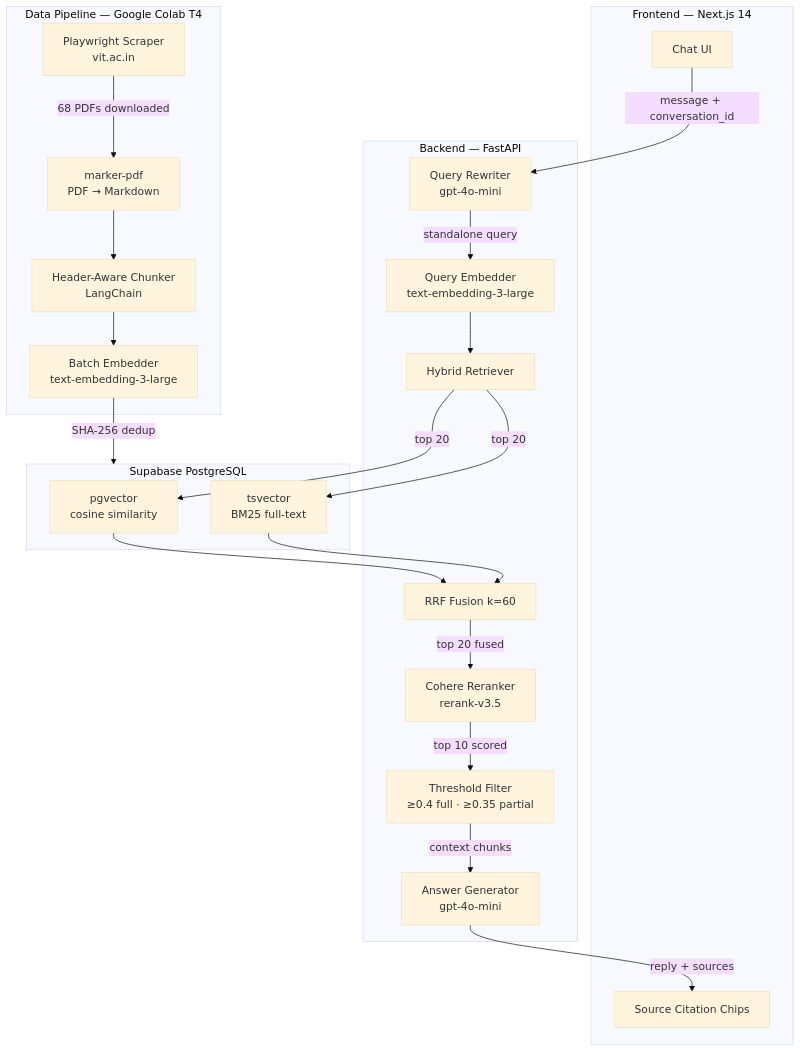
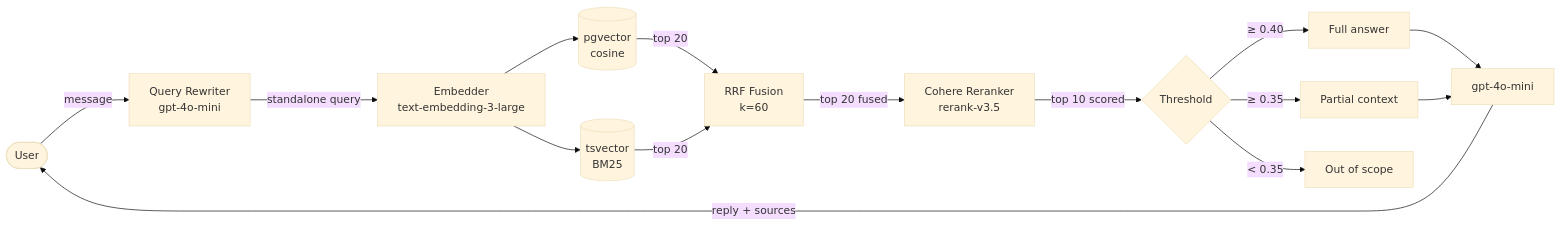
The first of 2 diagrams in readme.md (AdityaMedidala/vit-qa-bot-backend), drawn with Mermaid (base theme) before and after one commit. The commit also changed other lines of this file, not shown here.

Commit message:
readme improved

````diff
--- a/readme.md
+++ b/readme.md
@@ -37,46 +41,22 @@
 ```mermaid
-flowchart TD
-    subgraph Frontend["Frontend — Next.js 14"]
-        UI["Chat UI"]
-        Citations["Source Citation Chips"]
-    end
+flowchart LR
+    A([User]) -->|message| B[Query Rewriter\ngpt-4o-mini]
+    B -->|standalone query| C[Embedder\ntext-embedding-3-large]
 
-    subgraph API["Backend — FastAPI"]
-        QR["Query Rewriter\ngpt-4o-mini"]
-        EMB["Query Embedder\ntext-embedding-3-large"]
-        RET["Hybrid Retriever"]
-        RRF["RRF Fusion  k=60"]
-        RERANK["Cohere Reranker\nrerank-v3.5"]
-        THRESH["Threshold Filter\n≥0.4 full · ≥0.35 partial"]
-        LLM["Answer Generator\ngpt-4o-mini"]
-    end
+    C --> D[(pgvector\ncosine)]
+    C --> E[(tsvector\nBM25)]
 
-    subgraph DB["Supabase PostgreSQL"]
-        VEC["pgvector\ncosine similarity"]
-        BM25["tsvector\nBM25 full-text"]
-    end
+    D -->|top 20| F[RRF Fusion\nk=60]
+    E -->|top 20| F
 
-    subgraph Ingest["Data Pipeline — Google Colab T4"]
-        SCRAPE["Playwright Scraper\nvit.ac.in"]
-        MARKER["marker-pdf\nPDF → Markdown"]
-        CHUNK["Header-Aware Chunker\nLangChain"]
-        EMBED["Batch Embedder\ntext-embedding-3-large"]
-    end
+    F -->|top 20 fused| G[Cohere Reranker\nrerank-v3.5]
+    G -->|top 10 scored| H{Threshold}
 
-    UI -->|"message + conversation_id"| QR
-    QR -->|standalone query| EMB
-    EMB --> RET
-    RET -->|top 20| VEC
-    RET -->|top 20| BM25
-    VEC --> RRF
-    BM25 --> RRF
-    RRF -->|top 20 fused| RERANK
-    RERANK -->|top 10 scored| THRESH
-    THRESH -->|context chunks| LLM
-    LLM -->|reply + sources| Citations
+    H -->|≥ 0.40| I[Full answer]
+    H -->|≥ 0.35| J[Partial context]
+    H -->|< 0.35| K[Out of scope]
 
-    SCRAPE -->|68 PDFs downloaded| MARKER
-    MARKER --> CHUNK
-    CHUNK --> EMBED
-    EMBED -->|SHA-256 dedup| DB
+    I --> L[gpt-4o-mini]
+    J --> L
+    L -->|reply + sources| A
 ```
````
